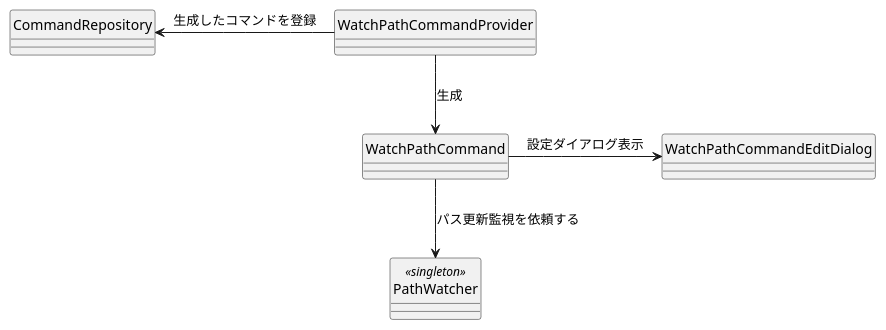
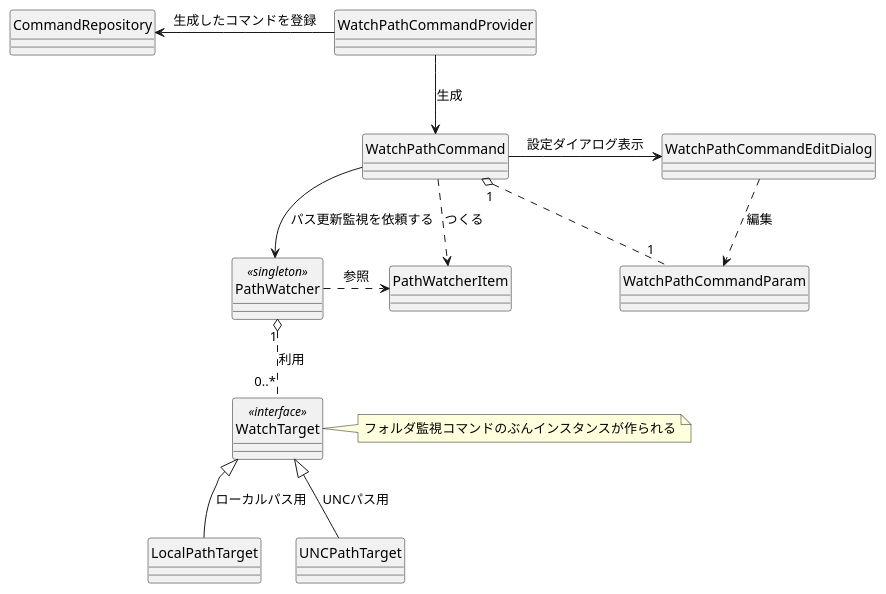
Before and after one commit to ampmmn/Soyokaze: the first of 2 diagrams in src/soyokaze/commands/watchpath/README.md, drawn with PlantUML. The commit also changed other lines of this file and 22 other files, not shown here.

````diff
--- a/src/soyokaze/commands/watchpath/README.md
+++ b/src/soyokaze/commands/watchpath/README.md
@@ -9,15 +9,35 @@
 ```plantuml
 
 hide circle
 
 class CommandRepository
 class WatchPathCommandProvider
 class WatchPathCommandEditDialog
 class WatchPathCommand
+class WatchPathCommandParam
 class PathWatcher <<singleton>>
+class PathWatcherItem
+class WatchTarget <<interface>>
+class LocalPathTarget
+class UNCPathTarget
 
 WatchPathCommandProvider -le> CommandRepository : 生成したコマンドを登録
 WatchPathCommandProvider -down-> WatchPathCommand : 生成
 WatchPathCommand -> WatchPathCommandEditDialog : 設定ダイアログ表示
 WatchPathCommand -do-> PathWatcher : パス更新監視を依頼する
+WatchPathCommand "1" o.. "1" WatchPathCommandParam
+WatchPathCommandEditDialog ..> WatchPathCommandParam : 編集
+
+WatchPathCommand ..> PathWatcherItem : つくる
+PathWatcher .ri.> PathWatcherItem : 参照
+
+PathWatcher "1" o.. "0..*" WatchTarget : 利用
+
+LocalPathTarget -up-|> WatchTarget : ローカルパス用
+UNCPathTarget -up-|> WatchTarget : UNCパス用
+
+note right of WatchTarget
+フォルダ監視コマンドのぶんインスタンスが作られる
+end note
+
 ```
````
